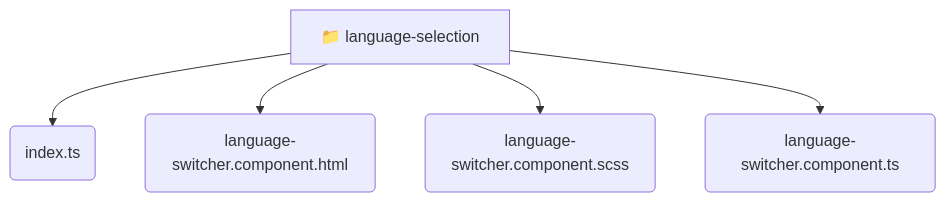
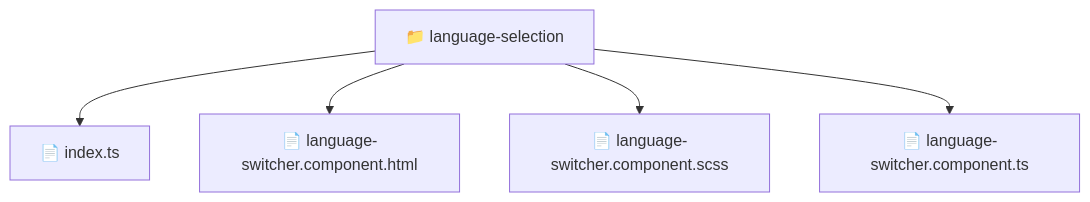
Before and after one commit to beginwebdev2002/fullstack-mavluda: the diagram in frontend/src/features/language-selection/README.md, drawn with Mermaid. The commit also changed other lines of this file and 163 other files, not shown here.

````diff
--- a/frontend/src/features/language-selection/README.md
+++ b/frontend/src/features/language-selection/README.md
@@ -11,8 +10,8 @@
 ```mermaid
 graph TD
-  language_selection[📁 language-selection]
-  language_selection --> language_selection_index_ts(index.ts)
-  language_selection --> language_selection_language_switcher_component_html(language-switcher.component.html)
-  language_selection --> language_selection_language_switcher_component_scss(language-switcher.component.scss)
-  language_selection --> language_selection_language_switcher_component_ts(language-switcher.component.ts)
+  Root["📁 language-selection"]
+  Root --> indexts["📄 index.ts"]
+  Root --> languageswitchercomponenthtml["📄 language-switcher.component.html"]
+  Root --> languageswitchercomponentscss["📄 language-switcher.component.scss"]
+  Root --> languageswitchercomponentts["📄 language-switcher.component.ts"]
 ```
````
